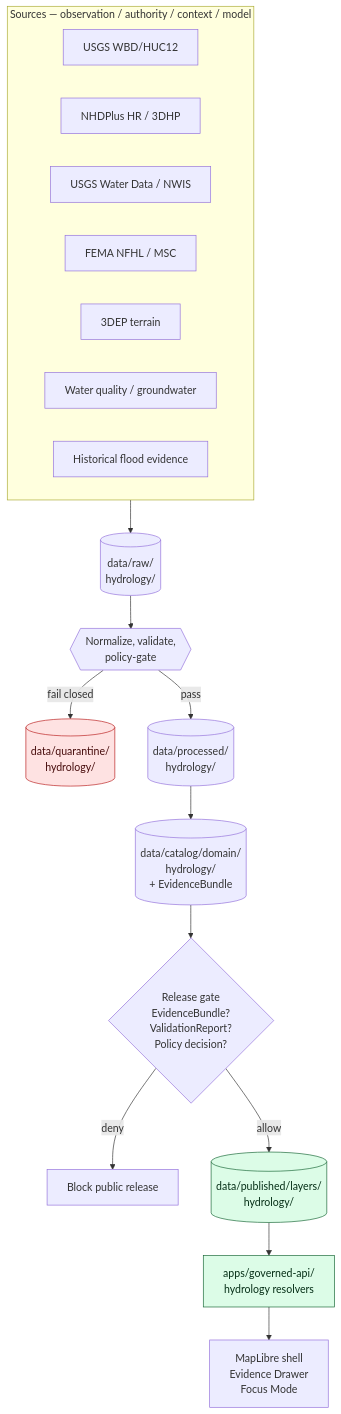
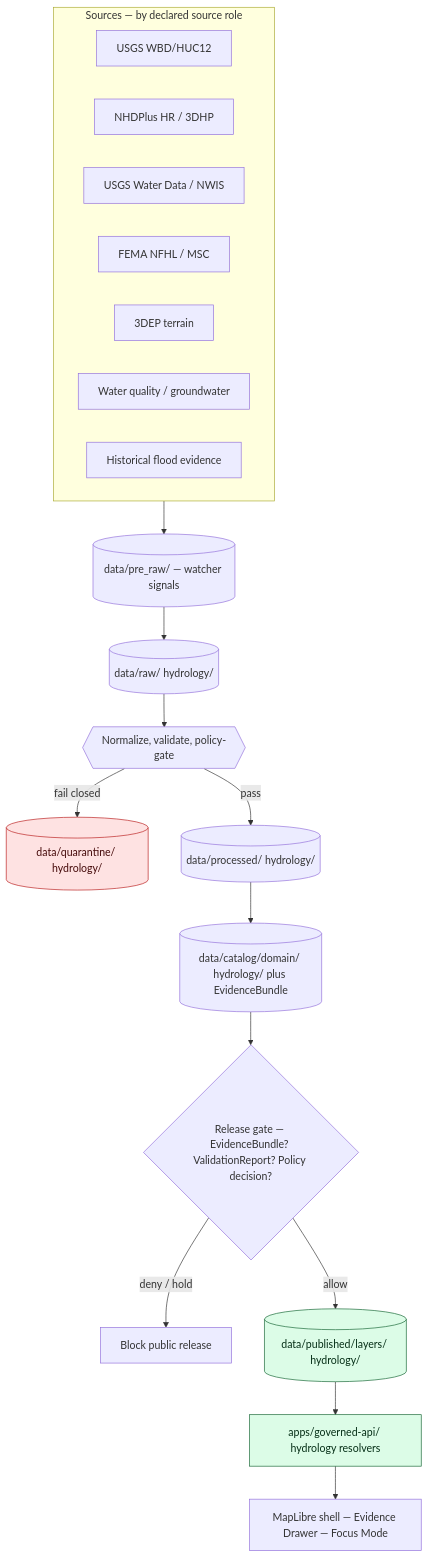
Before and after one commit to bartytime4life/Kansas-Frontier-Matrix: the second of 3 diagrams in docs/domains/hydrology/EXPANSION_PLAN.md, drawn with Mermaid. The commit also changed other lines of this file, not shown here.

````diff
--- a/docs/domains/hydrology/EXPANSION_PLAN.md
+++ b/docs/domains/hydrology/EXPANSION_PLAN.md
@@ -270,29 +296,30 @@
 ```mermaid
 flowchart TD
-  subgraph SRC[Sources — observation / authority / context / model]
+  subgraph SRC[Sources — by declared source role]
     S1[USGS WBD/HUC12]
     S2[NHDPlus HR / 3DHP]
     S3[USGS Water Data / NWIS]
     S4[FEMA NFHL / MSC]
     S5[3DEP terrain]
     S6[Water quality / groundwater]
     S7[Historical flood evidence]
   end
 
-  SRC --> RAW[(data/raw/<br/>hydrology/)]
-  RAW --> WORK{{Normalize, validate,<br/>policy-gate}}
-  WORK -->|fail closed| Q[(data/quarantine/<br/>hydrology/)]
-  WORK -->|pass| PROC[(data/processed/<br/>hydrology/)]
-  PROC --> CAT[(data/catalog/domain/<br/>hydrology/<br/>+ EvidenceBundle)]
-  CAT --> REL{Release gate<br/>EvidenceBundle?<br/>ValidationReport?<br/>Policy decision?}
-  REL -->|deny| HOLD[Block public release]
-  REL -->|allow| PUB[(data/published/layers/<br/>hydrology/)]
-  PUB --> API[apps/governed-api/<br/>hydrology resolvers]
-  API --> UI[MapLibre shell<br/>Evidence Drawer<br/>Focus Mode]
+  SRC --> PRE[(data/pre_raw/ — watcher signals)]
+  PRE --> RAW[(data/raw/ hydrology/)]
+  RAW --> WORK{{Normalize, validate, policy-gate}}
+  WORK -->|fail closed| Q[(data/quarantine/ hydrology/)]
+  WORK -->|pass| PROC[(data/processed/ hydrology/)]
+  PROC --> CAT[(data/catalog/domain/ hydrology/ plus EvidenceBundle)]
+  CAT --> REL{Release gate — EvidenceBundle? ValidationReport? Policy decision?}
+  REL -->|deny / hold| HOLD[Block public release]
+  REL -->|allow| PUB[(data/published/layers/ hydrology/)]
+  PUB --> API[apps/governed-api/ hydrology resolvers]
+  API --> UI[MapLibre shell — Evidence Drawer — Focus Mode]
 
   classDef quar fill:#fee2e2,stroke:#b91c1c,color:#450a0a;
   classDef pub fill:#dcfce7,stroke:#166534,color:#052e16;
   class Q quar
   class PUB pub
   class API pub
 ```
````
